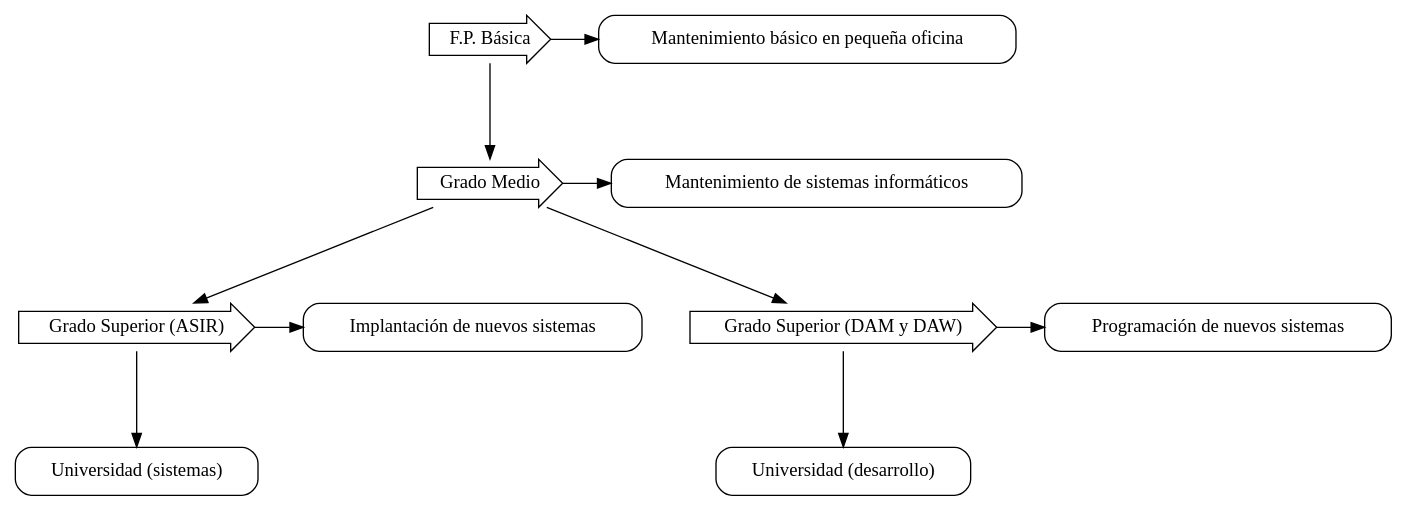
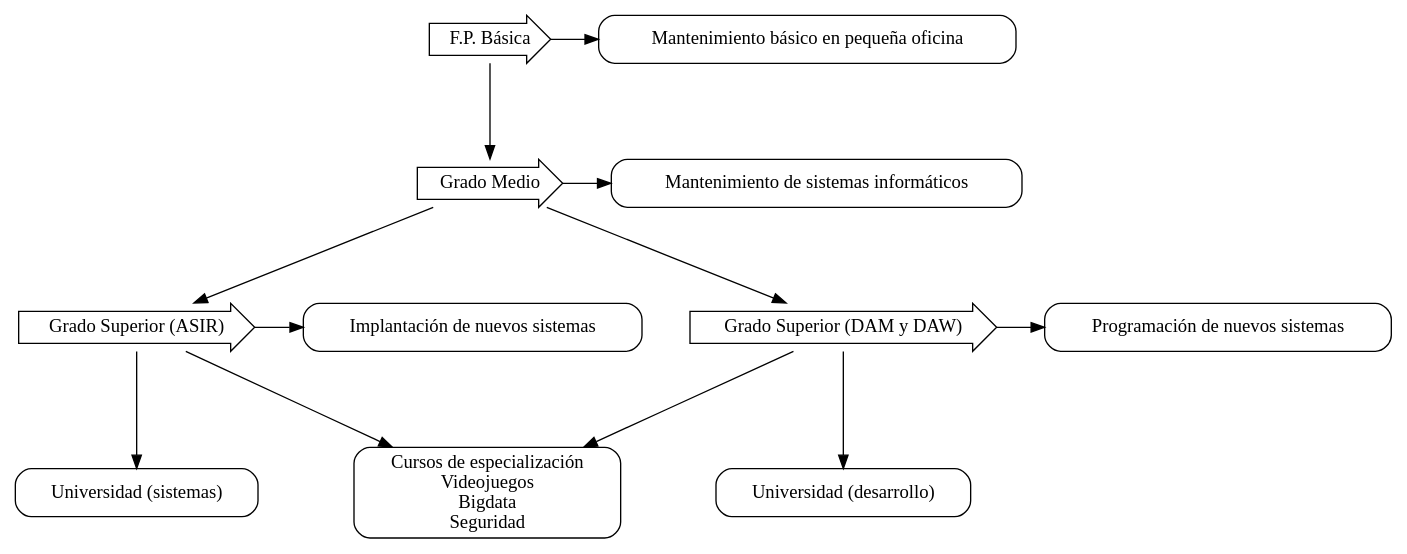
Before and after one commit to overdrive80/apuntes-clase: the diagram in charlas-motivacionales/informatica/1/charla-informatica-a-eso-bachillerato.org, drawn with Graphviz. The commit also changed other lines of this file and 2 other files, not shown here.

Commit message:
cursos especialización

```diff
--- a/charlas-motivacionales/informatica/1/charla-informatica-a-eso-bachillerato.org
+++ b/charlas-motivacionales/informatica/1/charla-informatica-a-eso-bachillerato.org
@@ -96,36 +97,38 @@
 #+begin_src dot :file ./quien-hace-que.svg :exports results :cmdline -Tsvg
 digraph{
   graph [nodesep=0.5, ranksep=1]
   node [ shape="box", style="rounded"]
   edge [fontname="courier", fontsize="10"]
   splines=true
 
   {rank = same}
 
 
   "F.P. Básica" [shape="rarrow"]
   "F.P. Básica" -> "Grado Medio"
   "F.P. Básica" -> "Mantenimiento básico en pequeña oficina"
 
   "Grado Medio" [shape="rarrow"]
   "Grado Medio" -> "Grado Superior (ASIR)"
   "Grado Medio" -> "Grado Superior (DAM y DAW)"
   "Grado Medio" -> "Mantenimiento de sistemas informáticos"
 
   "Grado Superior (ASIR)" [shape="rarrow"]
   "Grado Superior (ASIR)" -> "Implantación de nuevos sistemas"
 
   "Grado Superior (DAM y DAW)" [shape="rarrow"]
   "Grado Superior (DAM y DAW)" -> "Universidad (desarrollo)"
+  "Grado Superior (DAM y DAW)" -> "Cursos de especialización\nVideojuegos\nBigdata\nSeguridad"
   "Grado Superior (DAM y DAW)" -> "Programación de nuevos sistemas"
 
   [shape="rarrow"] "Grado Superior (ASIR)"
   "Grado Superior (ASIR)" -> "Universidad (sistemas)"
+  "Grado Superior (ASIR)" -> "Cursos de especialización\nVideojuegos\nBigdata\nSeguridad"
 
   {rank = same; "F.P. Básica" ; "Mantenimiento básico en pequeña oficina" }
   {rank = same;"Grado Medio" ; "Mantenimiento de sistemas informáticos" }
   {rank = same; "Grado Superior (ASIR)" ; "Implantación de nuevos sistemas"}
   {rank = same; "Grado Superior (DAM y DAW)" ; "Programación de nuevos sistemas"}
   
 }
 #+end_src
```
